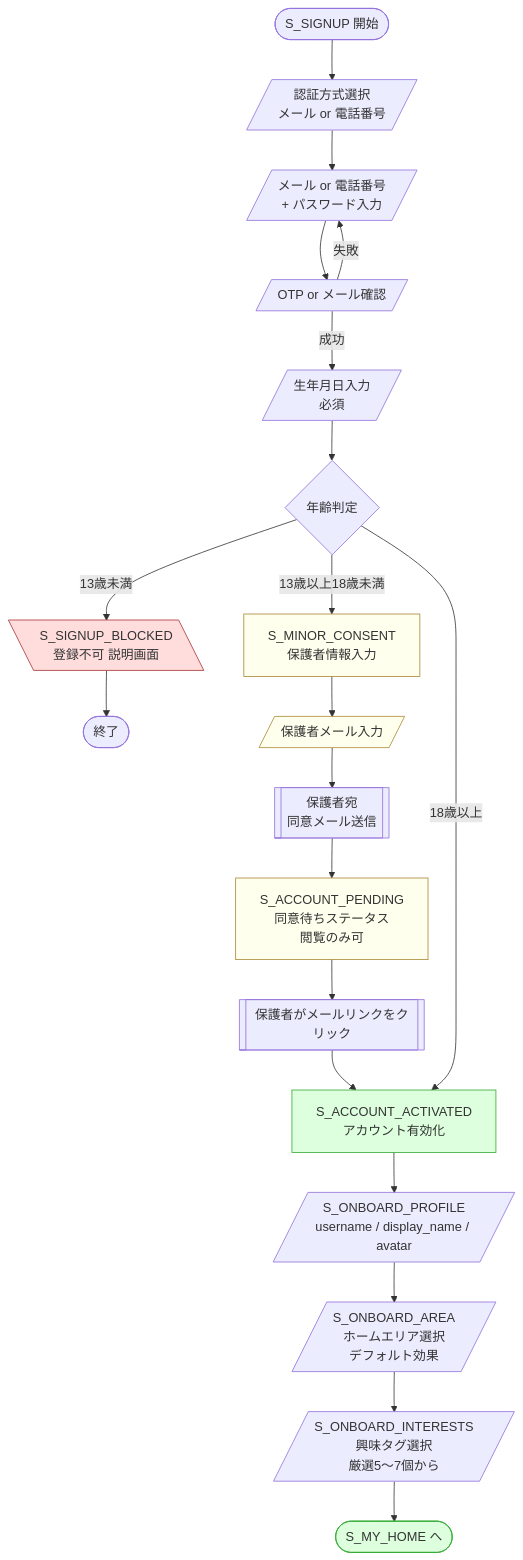
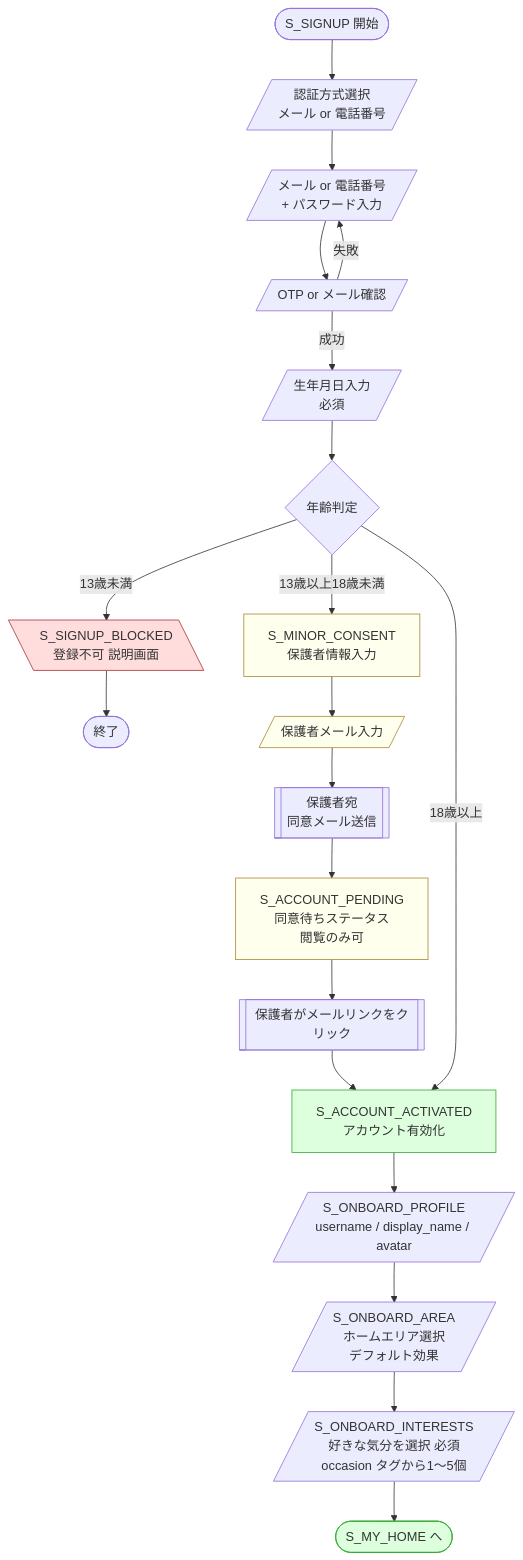
The second of 6 diagrams in docs/design/screen-flow.md (Matsushima-A-830/cafe_sns_site), drawn with Mermaid before and after one commit. The commit also changed 12 other files, not shown here.

````diff
--- a/docs/design/screen-flow.md
+++ b/docs/design/screen-flow.md
@@ -102,33 +102,33 @@
 ```mermaid
 flowchart TD
     Start([S_SIGNUP 開始]) --> Method[/認証方式選択<br/>メール or 電話番号/]
     Method --> Cred[/メール or 電話番号<br/>+ パスワード入力/]
     Cred --> Verify[/OTP or メール確認/]
     Verify -->|失敗| Cred
     Verify -->|成功| BirthDate[/生年月日入力<br/>必須/]
 
     BirthDate --> AgeCheck{年齢判定}
     AgeCheck -->|13歳未満| Block[\S_SIGNUP_BLOCKED<br/>登録不可 説明画面\]
     Block --> End1([終了])
 
     AgeCheck -->|13歳以上18歳未満| MinorFlow[S_MINOR_CONSENT<br/>保護者情報入力]
     MinorFlow --> GuardianMail[/保護者メール入力/]
     GuardianMail --> SendConsent[[保護者宛<br/>同意メール送信]]
     SendConsent --> Pending[S_ACCOUNT_PENDING<br/>同意待ちステータス<br/>閲覧のみ可]
     Pending --> ConsentClick[[保護者がメールリンクをクリック]]
     ConsentClick --> Activated[S_ACCOUNT_ACTIVATED<br/>アカウント有効化]
 
     AgeCheck -->|18歳以上| Activated
 
     Activated --> Onboard1[/S_ONBOARD_PROFILE<br/>username / display_name / avatar/]
     Onboard1 --> Onboard2[/S_ONBOARD_AREA<br/>ホームエリア選択<br/>デフォルト効果/]
-    Onboard2 --> Onboard3[/S_ONBOARD_INTERESTS<br/>興味タグ選択<br/>厳選5～7個から/]
+    Onboard2 --> Onboard3[/S_ONBOARD_INTERESTS<br/>好きな気分を選択 必須<br/>occasion タグから1〜5個/]
     Onboard3 --> MyHome([S_MY_HOME へ])
 
     classDef block fill:#fdd,stroke:#a33
     classDef pending fill:#ffe,stroke:#a83
     classDef success fill:#dfd,stroke:#3a3
     class Block block
     class Pending,MinorFlow,GuardianMail pending
     class Activated,MyHome success
 ```
````
